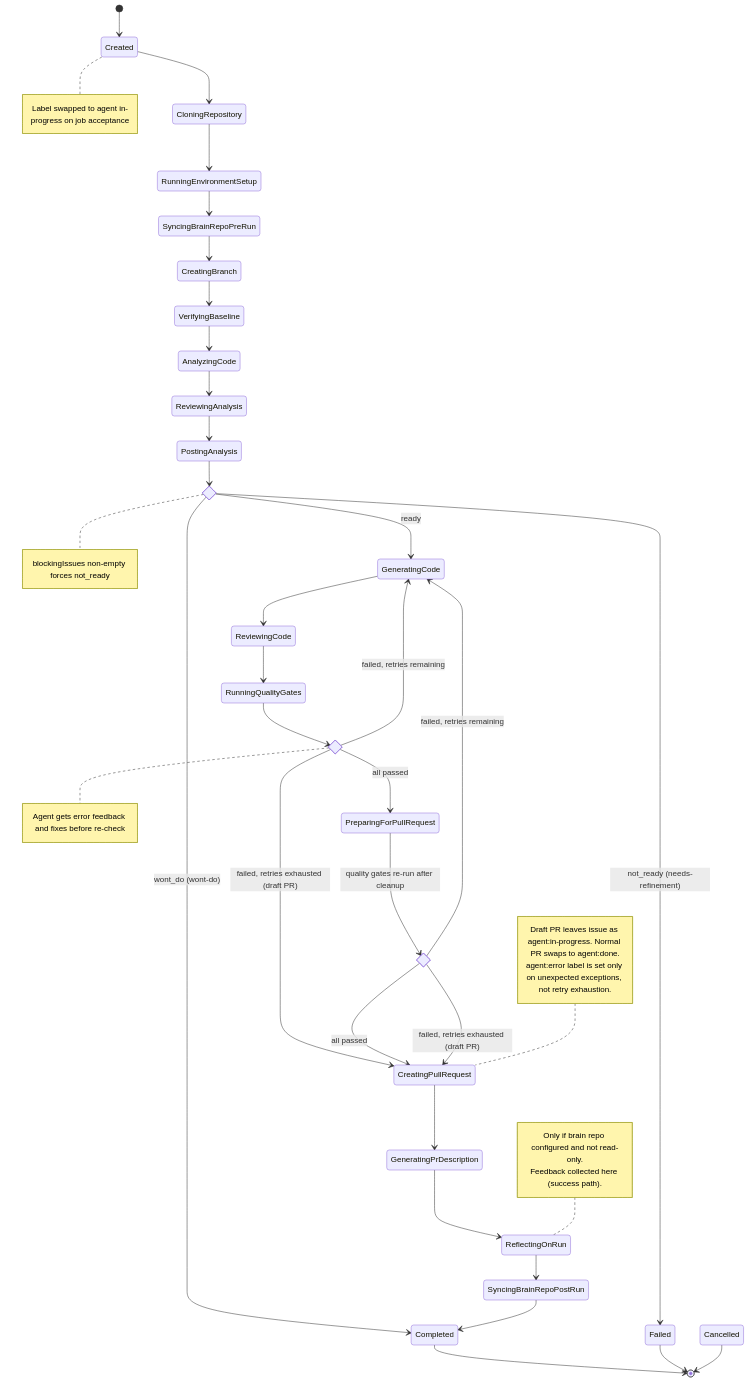
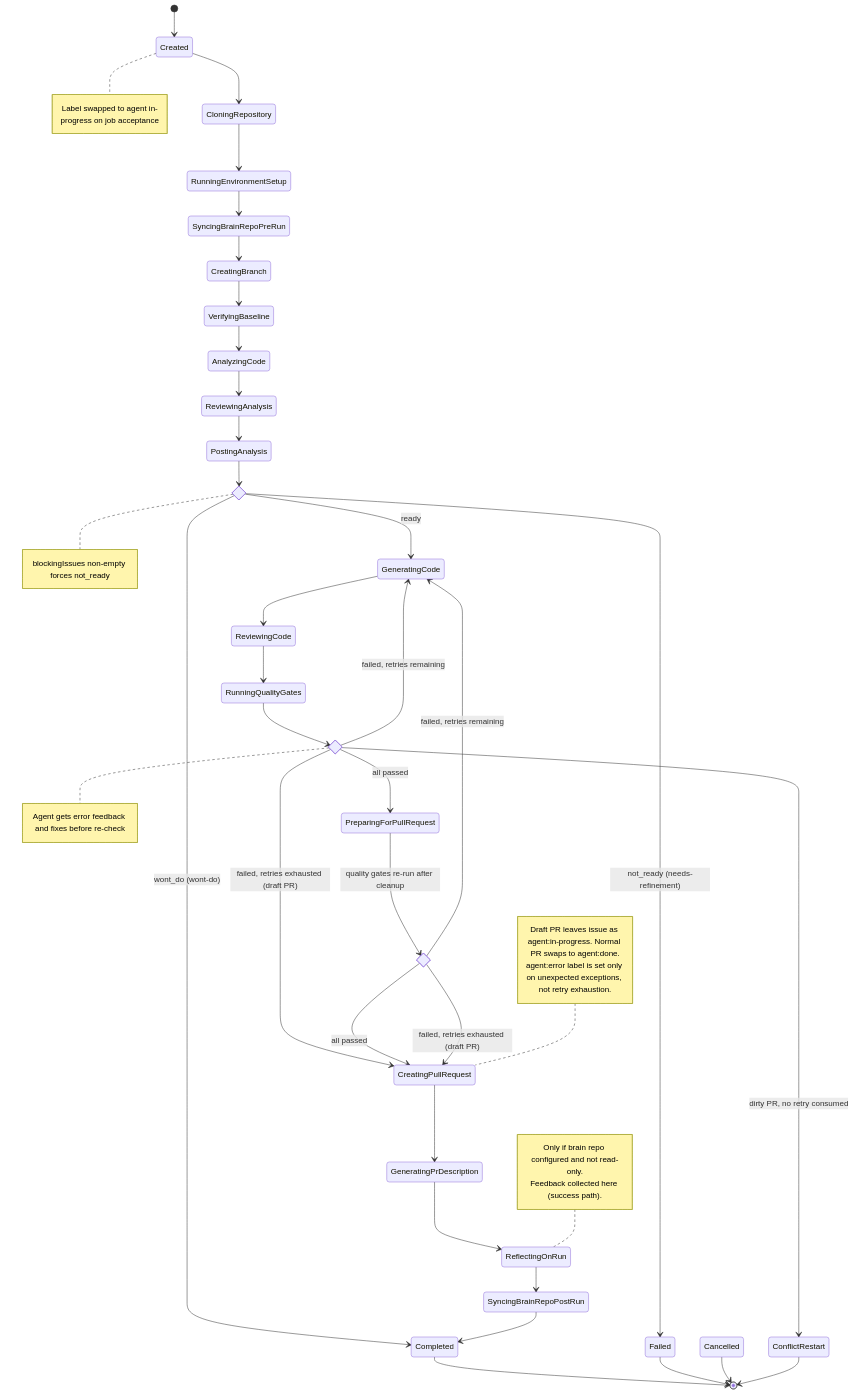
Before and after one commit to Chemsorly/coding-agent-automation: the first of 9 diagrams in docs/pipeline-orchestration.md, drawn with Mermaid. The commit also changed other lines of this file and 18 other files, not shown here.

First line of the commit message:
feat: PollCiWithNotStartedRetryAsync: PR merge conflicts block CI from starting — pipeline should restart from beginning instead of exhausting retry budget (#2359)

````diff
--- a/docs/pipeline-orchestration.md
+++ b/docs/pipeline-orchestration.md
@@ -49,61 +49,63 @@
 ```mermaid
 stateDiagram-v2
     direction TB
 
     [*] --> Created
     Created --> CloningRepository
     CloningRepository --> RunningEnvironmentSetup
     RunningEnvironmentSetup --> SyncingBrainRepoPreRun
     SyncingBrainRepoPreRun --> CreatingBranch
     CreatingBranch --> VerifyingBaseline
     VerifyingBaseline --> AnalyzingCode
     AnalyzingCode --> ReviewingAnalysis
     ReviewingAnalysis --> PostingAnalysis
 
     state ConfidenceGate <<choice>>
     PostingAnalysis --> ConfidenceGate
     ConfidenceGate --> GeneratingCode : ready
     ConfidenceGate --> Failed : not_ready (needs-refinement)
     ConfidenceGate --> Completed : wont_do (wont-do)
     GeneratingCode --> ReviewingCode
     ReviewingCode --> RunningQualityGates
 
     state QualityGateDecision <<choice>>
     RunningQualityGates --> QualityGateDecision
     QualityGateDecision --> PreparingForPullRequest : all passed
     QualityGateDecision --> GeneratingCode : failed, retries remaining
     QualityGateDecision --> CreatingPullRequest : failed, retries exhausted (draft PR)
+    QualityGateDecision --> ConflictRestart : dirty PR, no retry consumed
 
     state FinalQualityCheck <<choice>>
     PreparingForPullRequest --> FinalQualityCheck : quality gates re-run after cleanup
     FinalQualityCheck --> CreatingPullRequest : all passed
     FinalQualityCheck --> GeneratingCode : failed, retries remaining
     FinalQualityCheck --> CreatingPullRequest : failed, retries exhausted (draft PR)
 
     CreatingPullRequest --> GeneratingPrDescription
     GeneratingPrDescription --> ReflectingOnRun
     ReflectingOnRun --> SyncingBrainRepoPostRun
     SyncingBrainRepoPostRun --> Completed
 
     Completed --> [*]
     Failed --> [*]
     Cancelled --> [*]
+    ConflictRestart --> [*]
 
     note right of Created
         Label swapped to agent in-progress on job acceptance
     end note
     note right of ConfidenceGate
         blockingIssues non-empty forces not_ready
     end note
     note right of QualityGateDecision
         Agent gets error feedback and fixes before re-check
     end note
     note left of CreatingPullRequest
         Draft PR leaves issue as agent:in-progress. Normal PR swaps to agent:done.
         agent:error label is set only on unexpected exceptions, not retry exhaustion.
     end note
     note left of ReflectingOnRun
         Only if brain repo configured and not read-only.
         Feedback collected here (success path).
     end note
 ```
````
